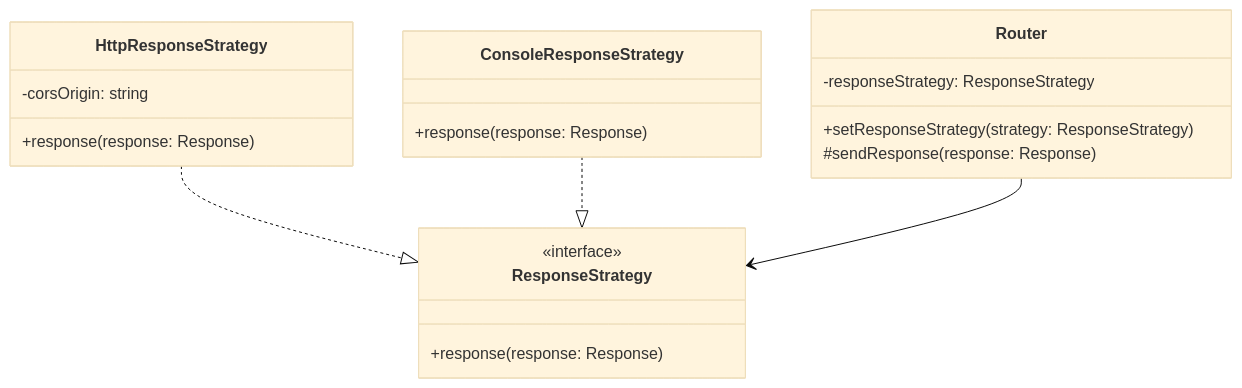
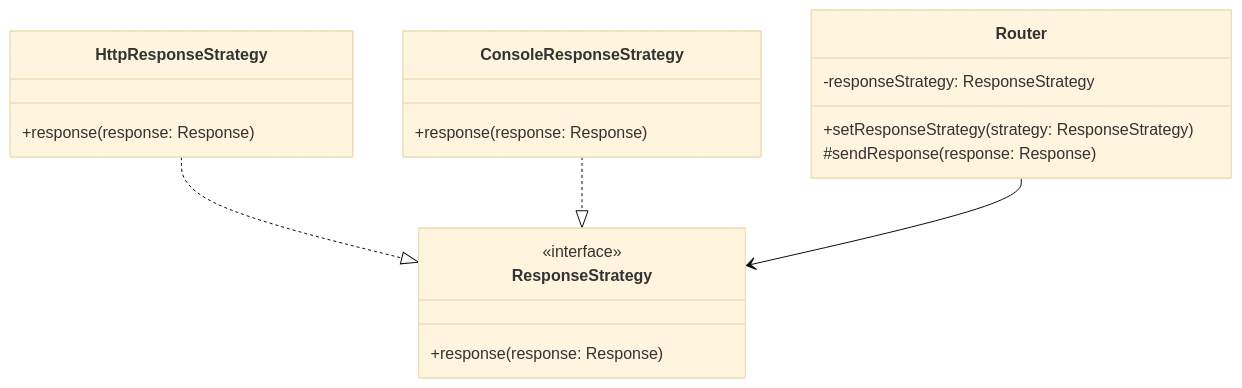
The second of 8 diagrams in consegna docu/design_pattern/backend.md (mb4dev/progetto-prova), drawn with Mermaid (base theme) before and after one commit. The commit also changed other lines of this file and 14 other files, not shown here.

````diff
--- a/consegna docu/design_pattern/backend.md
+++ b/consegna docu/design_pattern/backend.md
@@ -83,26 +83,25 @@
 ```mermaid
 classDiagram
 class ResponseStrategy {
     <<interface>>
     +response(response: Response)
 }
 
 class HttpResponseStrategy {
-    -corsOrigin: string
     +response(response: Response)
 }
 
 class ConsoleResponseStrategy {
     +response(response: Response)
 }
 
 class Router {
     -responseStrategy: ResponseStrategy
     +setResponseStrategy(strategy: ResponseStrategy)
     #sendResponse(response: Response)
 }
 
 HttpResponseStrategy ..|> ResponseStrategy
 ConsoleResponseStrategy ..|> ResponseStrategy
 Router --> ResponseStrategy
 ```
````
